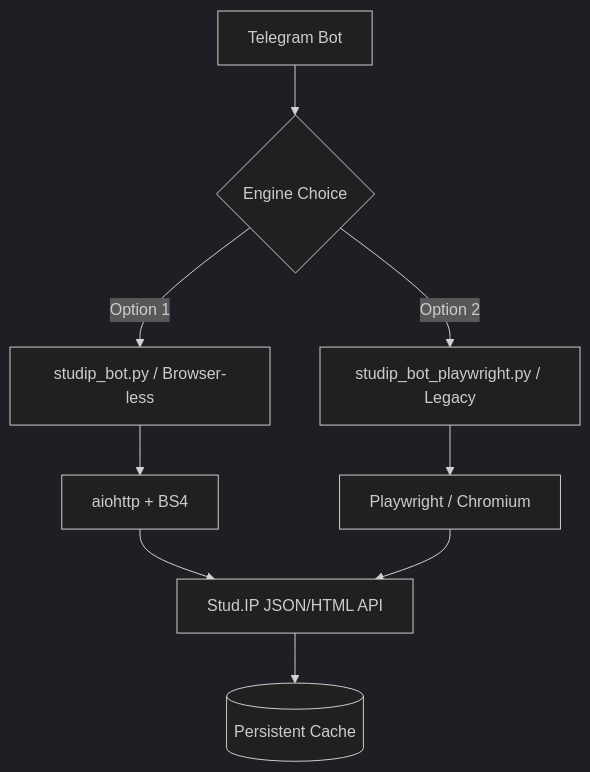
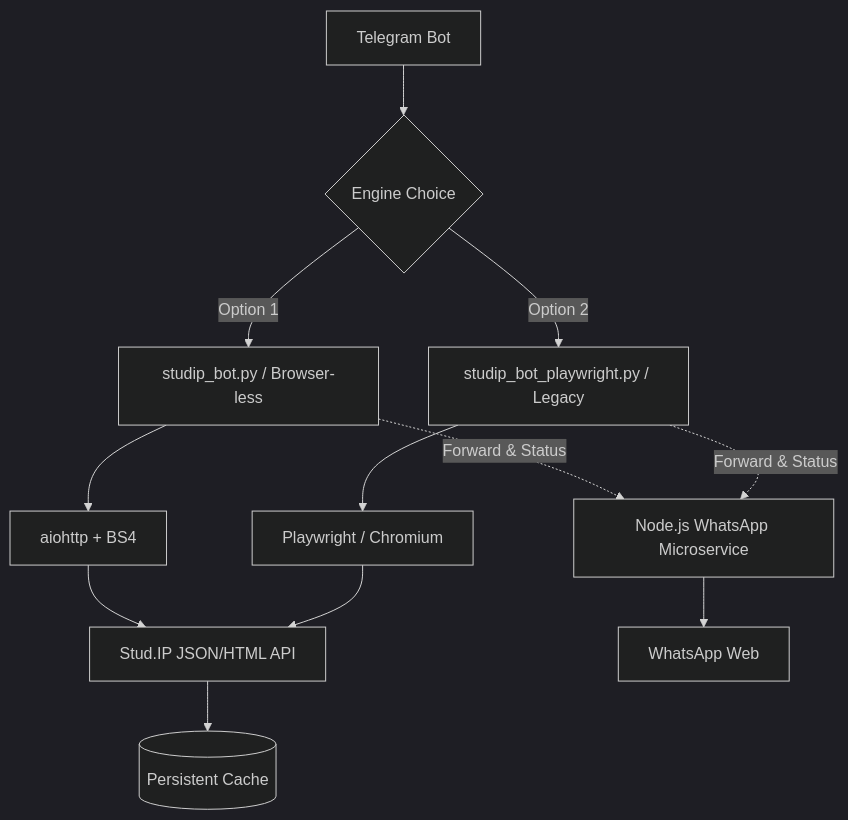
One commit to ofurkancoban/UniOldenburgStudyAssistantBot changed the diagram in README.md. Above: the diagram before and after it, drawn with Mermaid. The commit also changed other lines of this file and 7 other files, not shown here.

Commit message:
feat: Update WhatsApp integration and UI improvements (29.06.2026)

````diff
--- a/README.md
+++ b/README.md
@@ -107,12 +121,15 @@
 ```mermaid
 %%{init: {'theme': 'dark'}}%%
 graph TD
     A[Telegram Bot] --> B{Engine Choice}
     B -->|Option 1| C[studip_bot.py / Browser-less]
     B -->|Option 2| D[studip_bot_playwright.py / Legacy]
     C --> E[aiohttp + BS4]
     D --> F[Playwright / Chromium]
     E --> G[Stud.IP JSON/HTML API]
     F --> G
     G --> H[(Persistent Cache)]
+    C -.->|Forward & Status| I[Node.js WhatsApp Microservice]
+    D -.->|Forward & Status| I
+    I --> J[WhatsApp Web]
 ```
````
